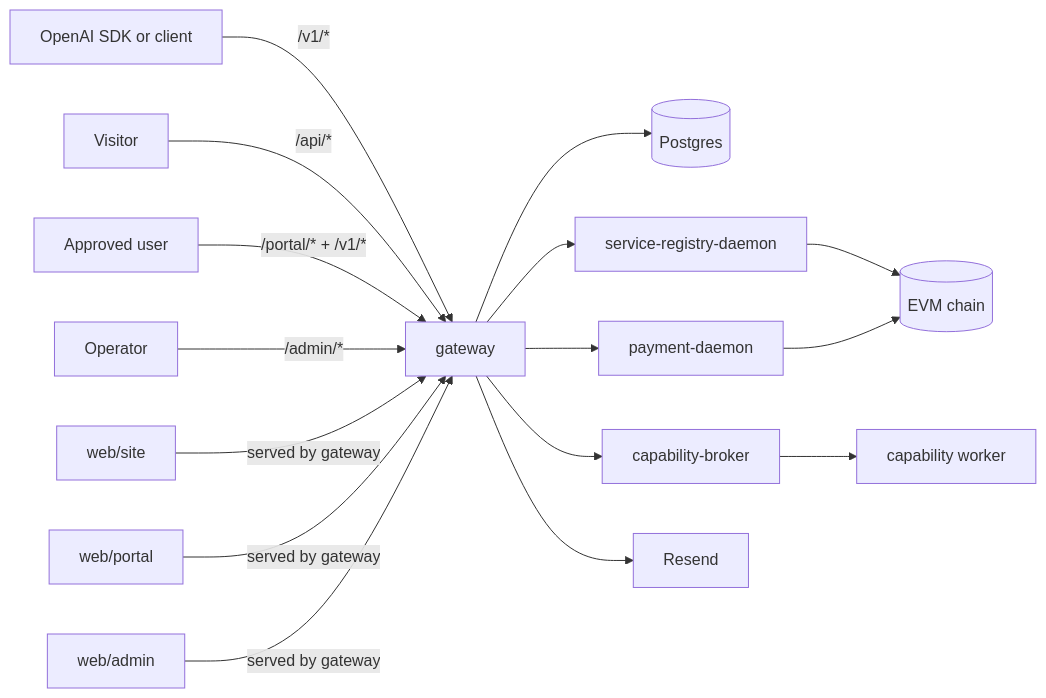
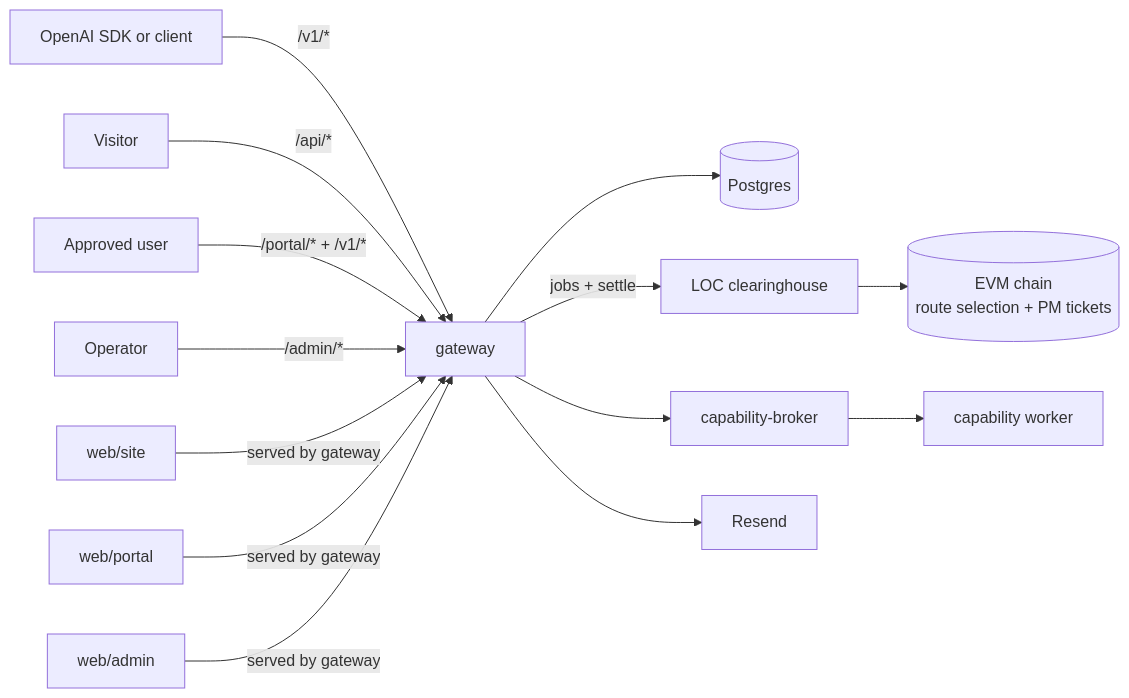
One commit to Cloud-SPE/livepeer-modules-openai-gateway changed the first of 4 diagrams in README.md. Above: the diagram before and after it, drawn with Mermaid. The commit also changed other lines of this file and 67 other files, not shown here.

````diff
--- a/README.md
+++ b/README.md
@@ -81,21 +83,19 @@
 ```mermaid
 flowchart LR
   SDK[OpenAI SDK or client] -->|/v1/*| GW[gateway]
   SiteUser[Visitor] -->|/api/*| GW
   PortalUser[Approved user] -->|/portal/* + /v1/*| GW
   AdminUser[Operator] -->|/admin/*| GW
 
   SITE[web/site] -->|served by gateway| GW
   PORTAL[web/portal] -->|served by gateway| GW
   ADMIN[web/admin] -->|served by gateway| GW
 
   GW --> DB[(Postgres)]
-  GW --> REG[service-registry-daemon]
-  GW --> PAY[payment-daemon]
+  GW -->|jobs + settle| LOC[LOC clearinghouse]
   GW --> BROKER[capability-broker]
   BROKER --> WORKER[capability worker]
   GW --> EMAIL[Resend]
 
-  REG --> CHAIN[(EVM chain)]
-  PAY --> CHAIN
+  LOC --> CHAIN[(EVM chain<br/>route selection + PM tickets)]
 ```
````
